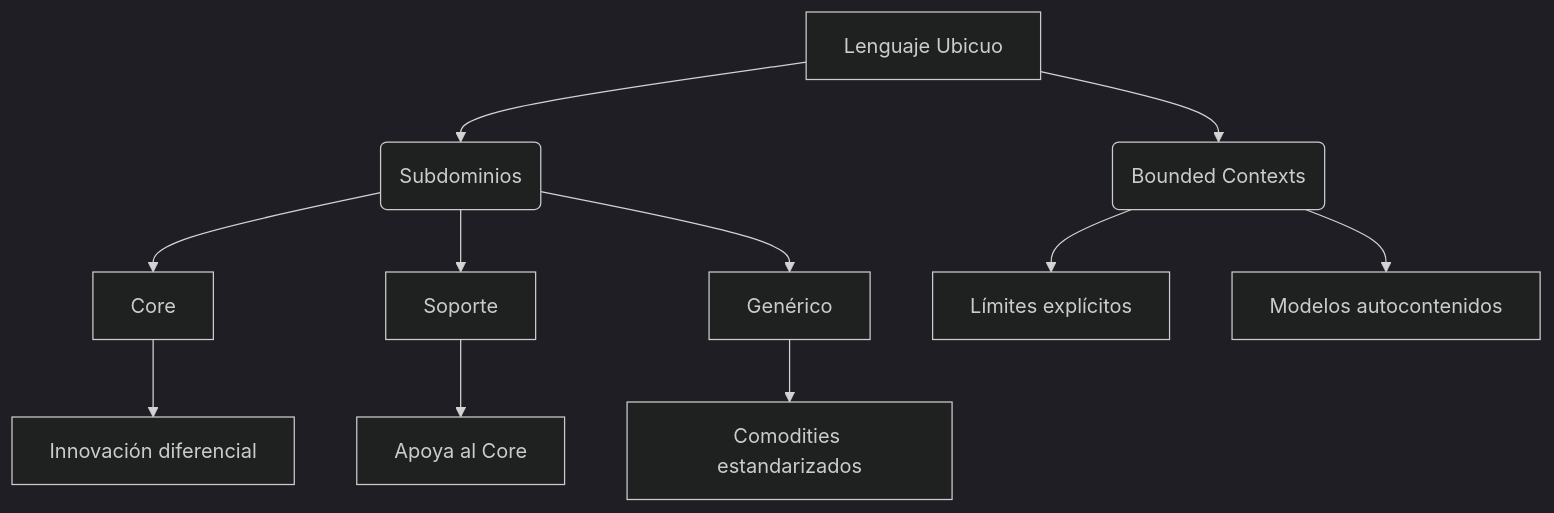
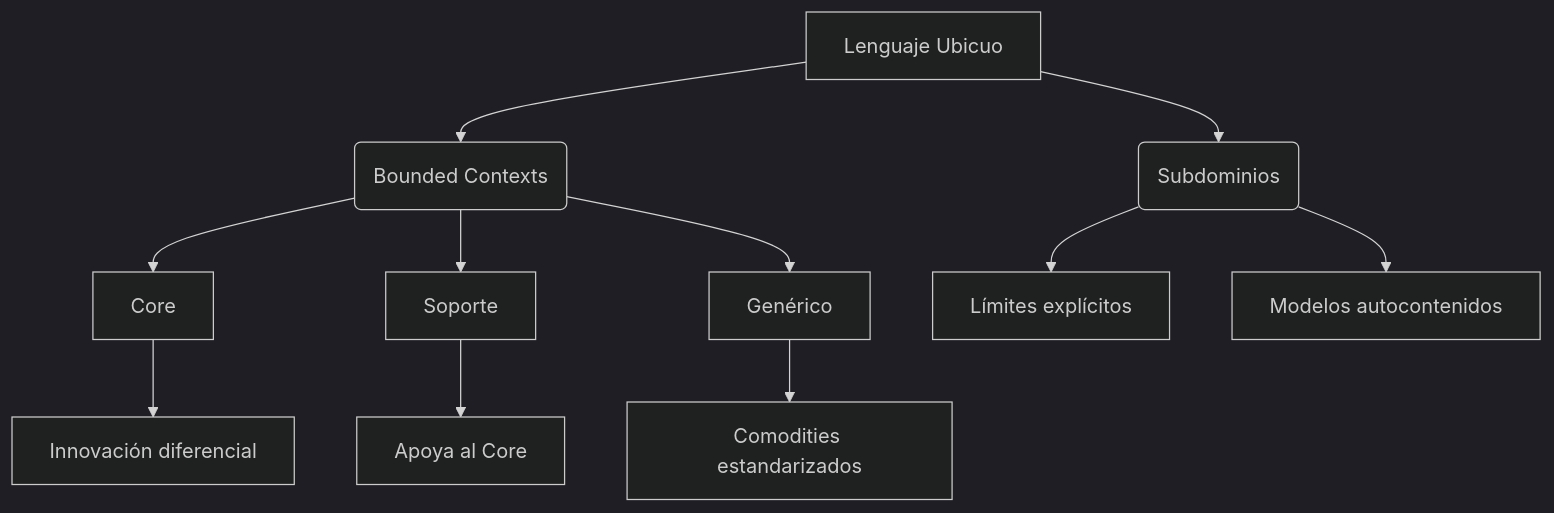
The first of 3 diagrams in curso/dia-04/02-ddd-fundamentos.md (kevinmamaqi/curso-ddd-hexagonal-node), drawn with Mermaid (dark theme) before and after one commit. The commit also changed other lines of this file and 4 other files, not shown here.

````diff
--- a/curso/dia-04/02-ddd-fundamentos.md
+++ b/curso/dia-04/02-ddd-fundamentos.md
@@ -7,13 +7,13 @@
 ```mermaid
 flowchart TD
-    A[Lenguaje Ubicuo] --> B(Subdominios)
-    A --> C(Bounded Contexts)
+    A[Lenguaje Ubicuo] --> B(Bounded Contexts)
+    A --> C(Subdominios)
     B --> D[Core]
     B --> E[Soporte]
     B --> F[Genérico]
     C --> G[Límites explícitos]
     C --> H[Modelos autocontenidos]
     D --> I[Innovación diferencial]
     E --> J[Apoya al Core]
     F --> K[Comodities estandarizados]
 ```
````
